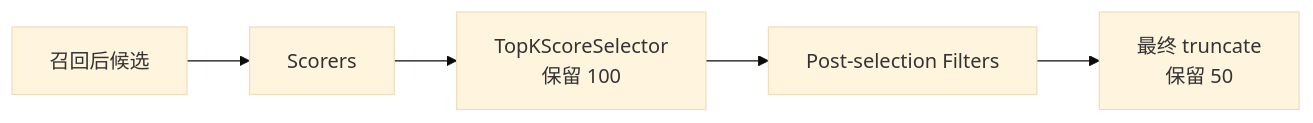
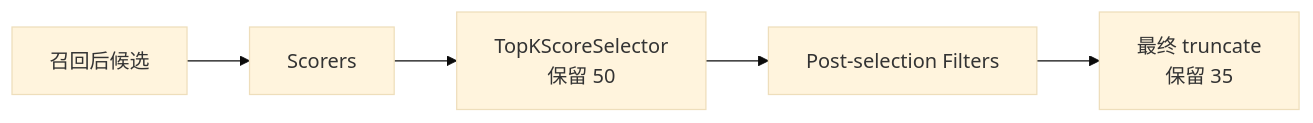
The third of 3 diagrams in docs/home-mixer/07-config-and-params.md (freefcw/x-algorithm), drawn with Mermaid (base theme) before and after one commit. The commit also changed other lines of this file and 12 other files, not shown here.

````diff
--- a/docs/home-mixer/07-config-and-params.md
+++ b/docs/home-mixer/07-config-and-params.md
@@ -236,7 +238,7 @@
 ```mermaid
 flowchart LR
     A["召回后候选"] --> B["Scorers"]
-    B --> C["TopKScoreSelector<br/>保留 100"]
+    B --> C["TopKScoreSelector<br/>保留 50"]
     C --> D["Post-selection Filters"]
-    D --> E["最终 truncate<br/>保留 50"]
+    D --> E["最终 truncate<br/>保留 35"]
 ```
````
